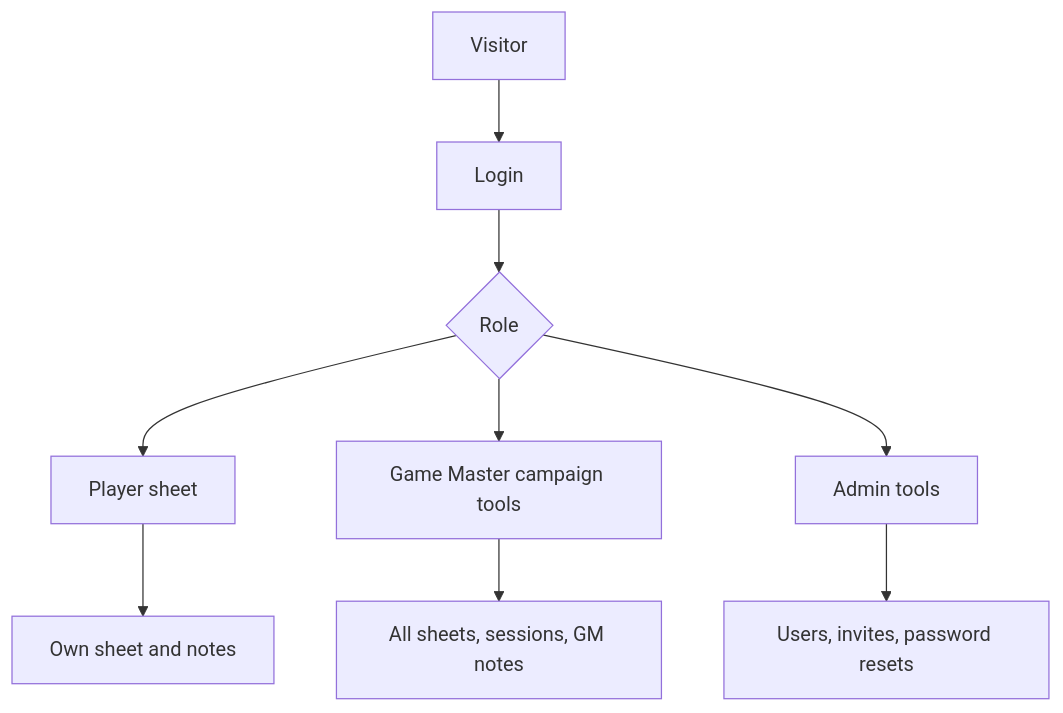
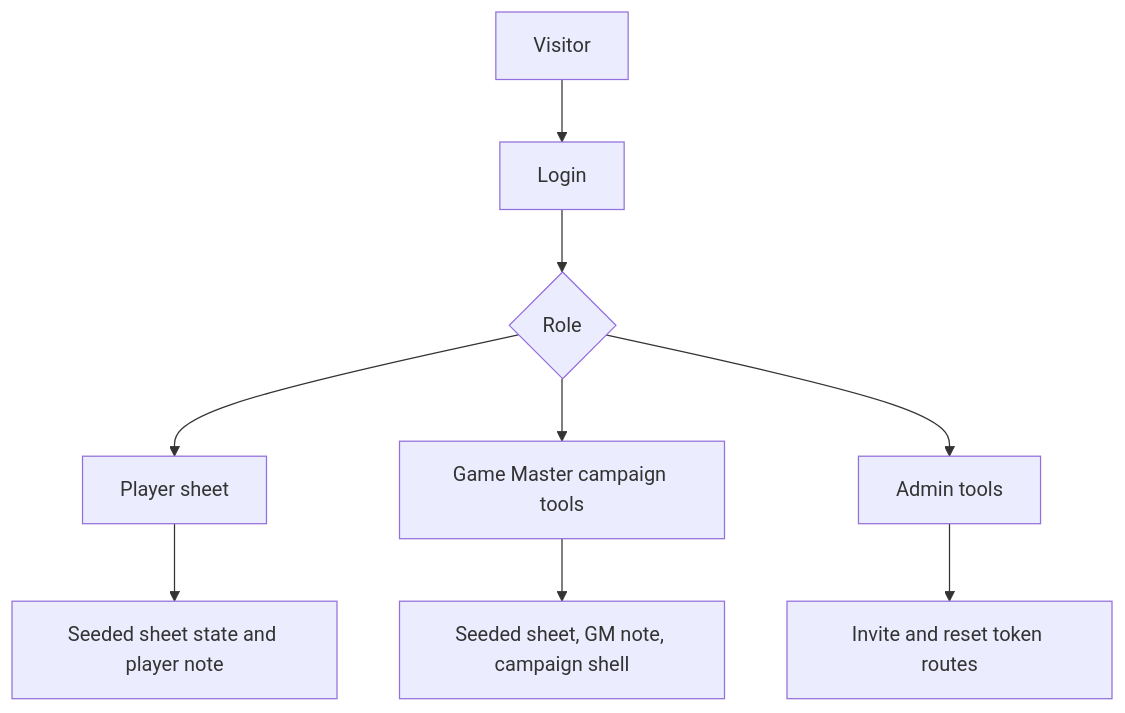
The first of 3 diagrams in docs/epics/sheet-0001.md (Macavitymadcap/character-sheet), drawn with Mermaid before and after one commit. The commit also changed other lines of this file and 5 other files, not shown here.

````diff
--- a/docs/epics/sheet-0001.md
+++ b/docs/epics/sheet-0001.md
@@ -27,11 +27,11 @@
 ```mermaid
 flowchart TD
     A["Visitor"] --> B["Login"]
     B --> C{"Role"}
     C --> D["Player sheet"]
     C --> E["Game Master campaign tools"]
     C --> F["Admin tools"]
-    D --> G["Own sheet and notes"]
-    E --> H["All sheets, sessions, GM notes"]
-    F --> I["Users, invites, password resets"]
+    D --> G["Seeded sheet state and player note"]
+    E --> H["Seeded sheet, GM note, campaign shell"]
+    F --> I["Invite and reset token routes"]
 ```
````
